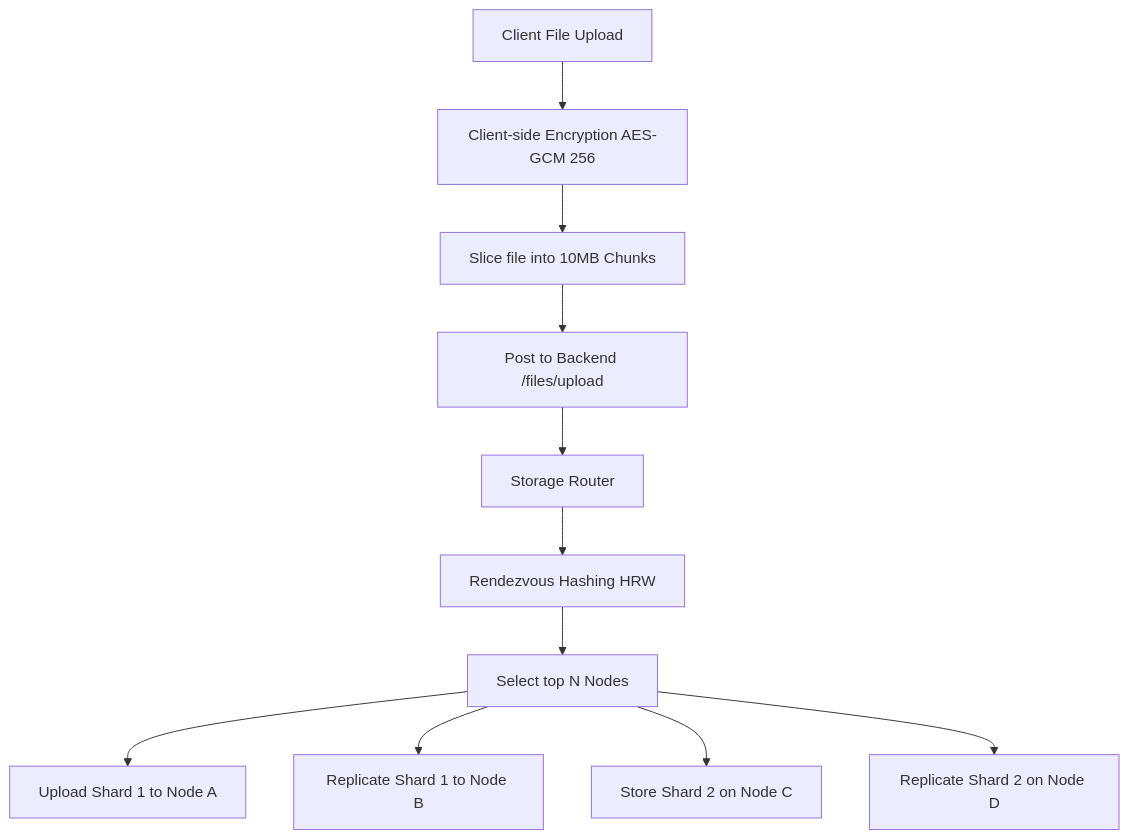
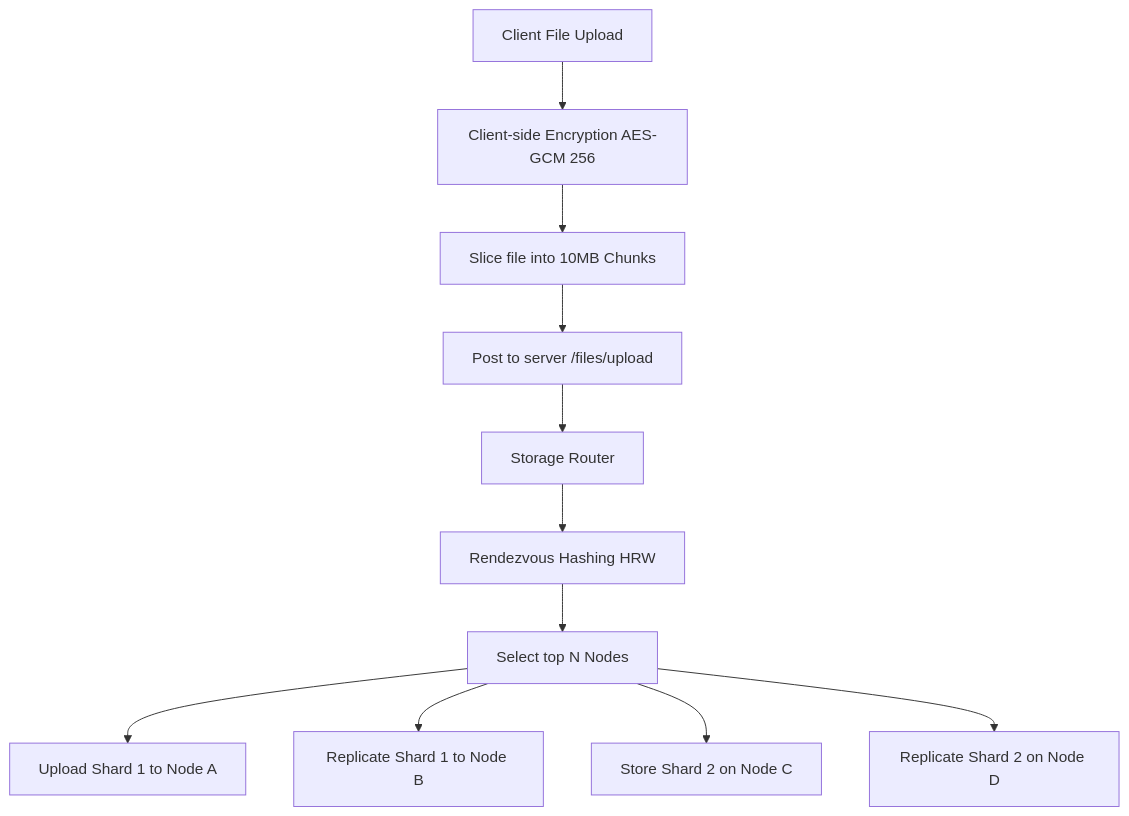
One commit to me-sahid/zancrypt changed the diagram in docs/architecture.md. Above: the diagram before and after it, drawn with Mermaid. The commit also changed other lines of this file and 586 other files, not shown here.

Commit message:
Refactor: rename frontend to web and backend to server

````diff
--- a/docs/architecture.md
+++ b/docs/architecture.md
@@ -13,13 +13,13 @@
 ```mermaid
 graph TD
     A[Client File Upload] --> B[Client-side Encryption AES-GCM 256]
     B --> C[Slice file into 10MB Chunks]
-    C --> D[Post to Backend /files/upload]
+    C --> D[Post to server /files/upload]
     D --> E[Storage Router]
     E --> F[Rendezvous Hashing HRW]
     F --> G[Select top N Nodes]
     G --> H[Upload Shard 1 to Node A]
     G --> I[Replicate Shard 1 to Node B]
     G --> J[Store Shard 2 on Node C]
     G --> K[Replicate Shard 2 on Node D]
 ```
````
